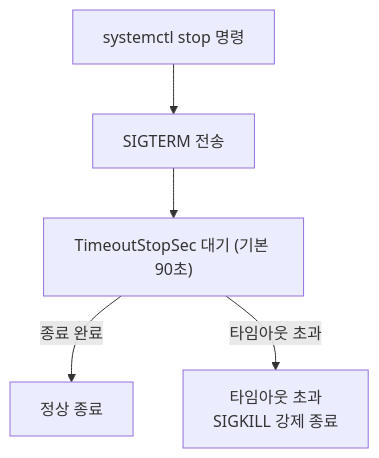
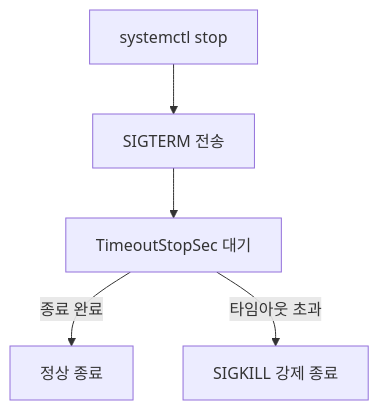
Before and after one commit to moonblueblue/devops-wiki: the third of 3 diagrams in content/linux/boot-init/systemd.md, drawn with Mermaid. The commit also changed other lines of this file and 37 other files, not shown here.

First line of the commit message:
style: linux 카테고리 ASCII 도표·Mermaid 라벨 형식 교정

````diff
--- a/content/linux/boot-init/systemd.md
+++ b/content/linux/boot-init/systemd.md
@@ -528,12 +528,12 @@
 ```mermaid
 graph TD
-    A[systemctl stop 명령]
+    A[systemctl stop]
     B[SIGTERM 전송]
-    C["TimeoutStopSec 대기 (기본 90초)"]
+    C[TimeoutStopSec 대기]
     D[정상 종료]
-    E["타임아웃 초과\nSIGKILL 강제 종료"]
+    E[SIGKILL 강제 종료]
 
     A --> B --> C
     C -->|종료 완료| D
     C -->|타임아웃 초과| E
 ```
````
